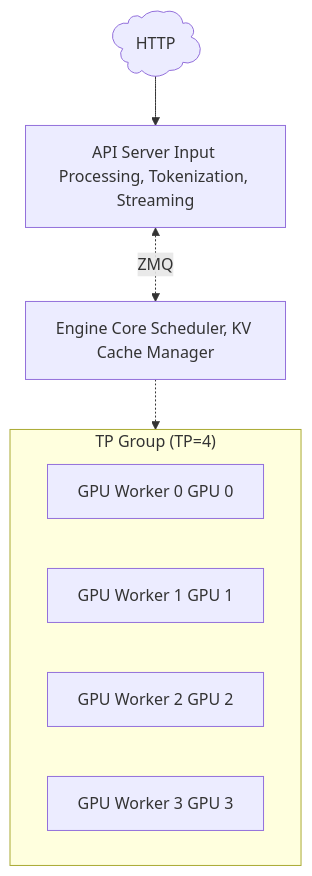
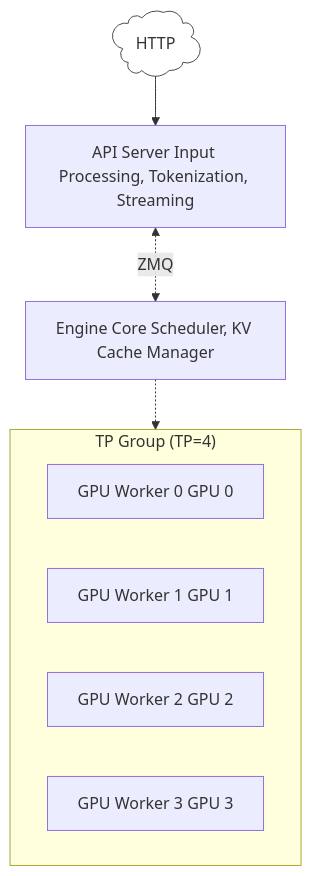
The diagram in v1_process_architecture_tp4.mmd (aireilly/rh-mermaid-svg), drawn with Mermaid before and after one commit. The commit also changed 4 other files, not shown here.

```diff
--- a/v1_process_architecture_tp4.mmd
+++ b/v1_process_architecture_tp4.mmd
@@ -1,20 +1,22 @@
 flowchart TB
     HTTP@{ shape: cloud, label: "HTTP" } --> API
 
     API["API Server Input Processing, Tokenization, Streaming"]
 
     API <-.->|"ZMQ"| EC
 
     EC["Engine Core Scheduler, KV Cache Manager"]
 
     subgraph TP["TP Group (TP=4)"]
         GW0["GPU Worker 0 GPU 0"]
         GW1["GPU Worker 1 GPU 1"]
         GW2["GPU Worker 2 GPU 2"]
         GW3["GPU Worker 3 GPU 3"]
     end
 
     EC -.-> TP
 
+    style HTTP fill:#ffffff,stroke:#4d4d4d
+
     %% Cluster colors
     %% style TP fill:#e0f0ff,stroke:#0066cc
```
